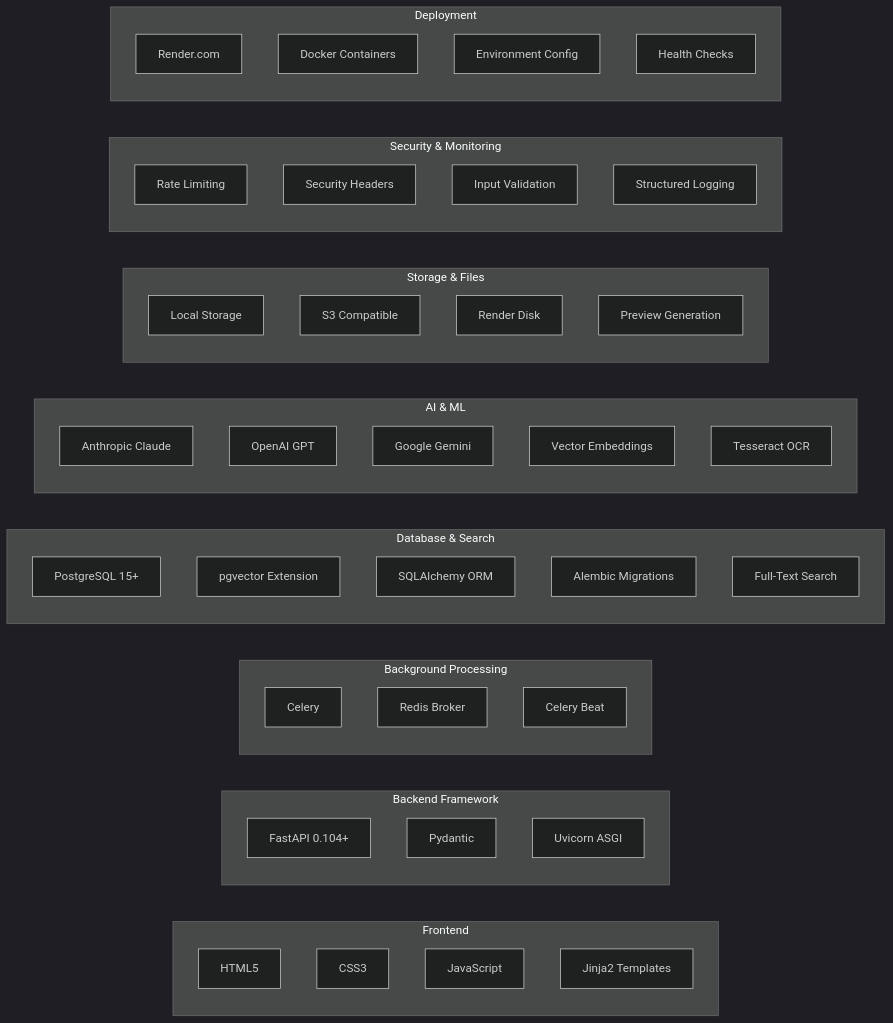
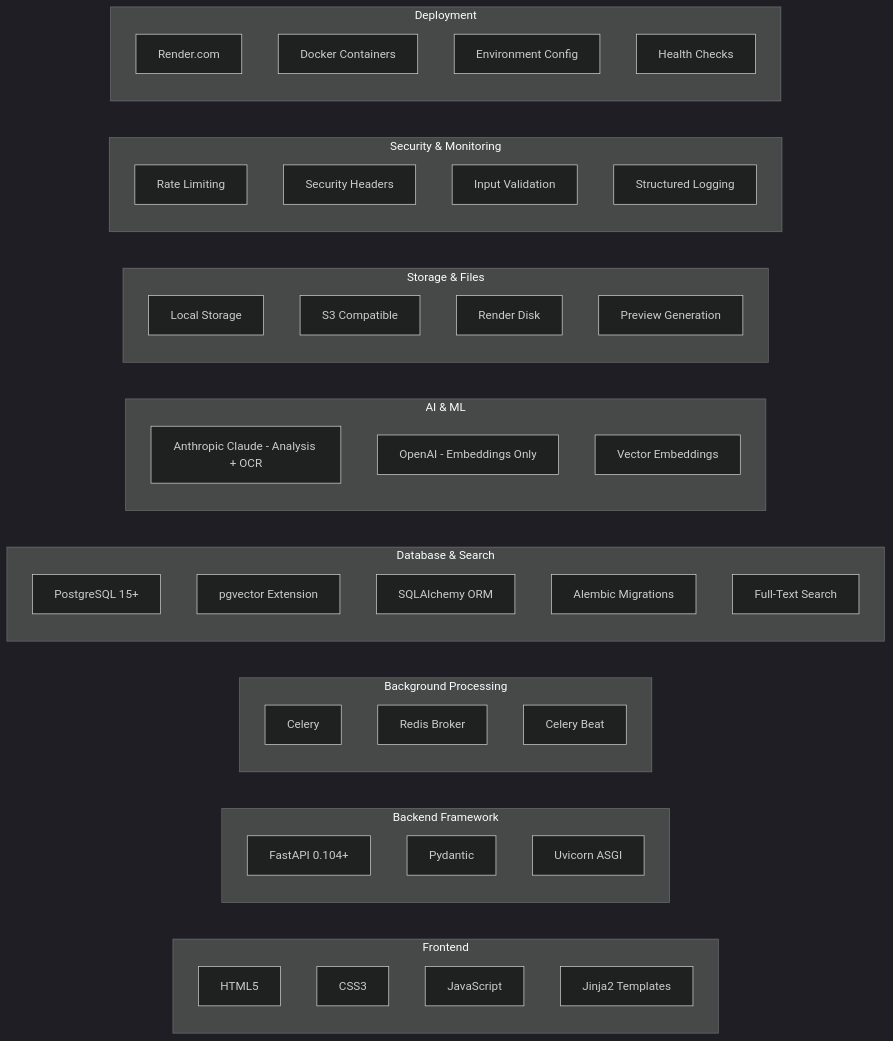
Before and after one commit to callum-doty/pc-simple: the second of 3 diagrams in architecture/system_architecture.md, drawn with Mermaid (dark theme). The commit also changed other lines of this file and 13 other files, not shown here.

````diff
--- a/architecture/system_architecture.md
+++ b/architecture/system_architecture.md
@@ -108,58 +104,56 @@
 ```mermaid
 graph LR
     subgraph "Frontend"
         HTML[HTML5]
         CSS[CSS3]
         JS[JavaScript]
         JINJA[Jinja2 Templates]
     end
 
     subgraph "Backend Framework"
         FASTAPI[FastAPI 0.104+]
         PYDANTIC[Pydantic]
         UVICORN[Uvicorn ASGI]
     end
 
     subgraph "Background Processing"
         CELERY[Celery]
         REDIS_BROKER[Redis Broker]
         BEAT[Celery Beat]
     end
 
     subgraph "Database & Search"
         POSTGRESQL[PostgreSQL 15+]
         PGVECTOR[pgvector Extension]
         SQLALCHEMY[SQLAlchemy ORM]
         ALEMBIC[Alembic Migrations]
         FULLTEXT[Full-Text Search]
     end
 
     subgraph "AI & ML"
-        ANTHROPIC_API[Anthropic Claude]
-        OPENAI_API[OpenAI GPT]
-        GEMINI_API[Google Gemini]
+        ANTHROPIC_API[Anthropic Claude - Analysis + OCR]
+        OPENAI_API[OpenAI - Embeddings Only]
         EMBEDDINGS[Vector Embeddings]
-        OCR[Tesseract OCR]
     end
 
     subgraph "Storage & Files"
         LOCAL_STORAGE[Local Storage]
         S3_STORAGE[S3 Compatible]
         RENDER_DISK[Render Disk]
         PREVIEW_GEN[Preview Generation]
     end
 
     subgraph "Security & Monitoring"
         RATE_LIMITING[Rate Limiting]
         SECURITY_HEADERS[Security Headers]
         INPUT_VALIDATION[Input Validation]
         LOGGING[Structured Logging]
     end
 
     subgraph "Deployment"
         RENDER[Render.com]
         DOCKER[Docker Containers]
         ENV_CONFIG[Environment Config]
         HEALTH_CHECKS[Health Checks]
     end
 ```
````
